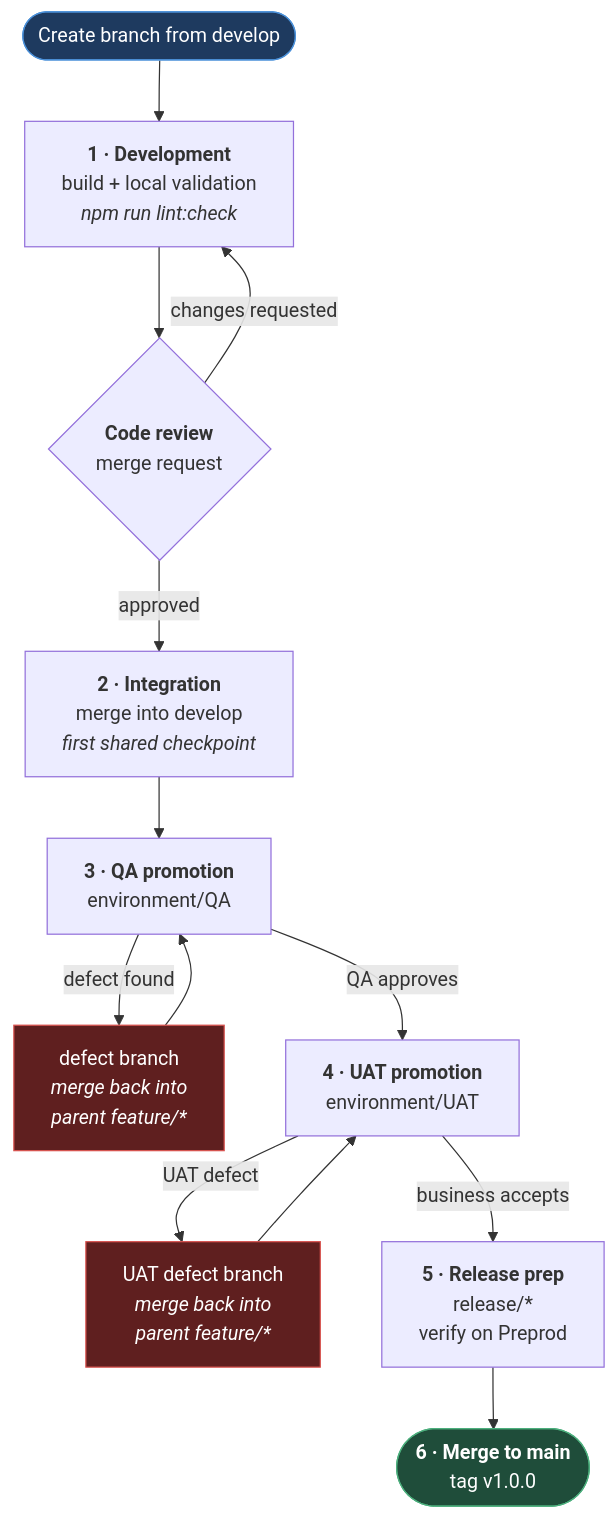
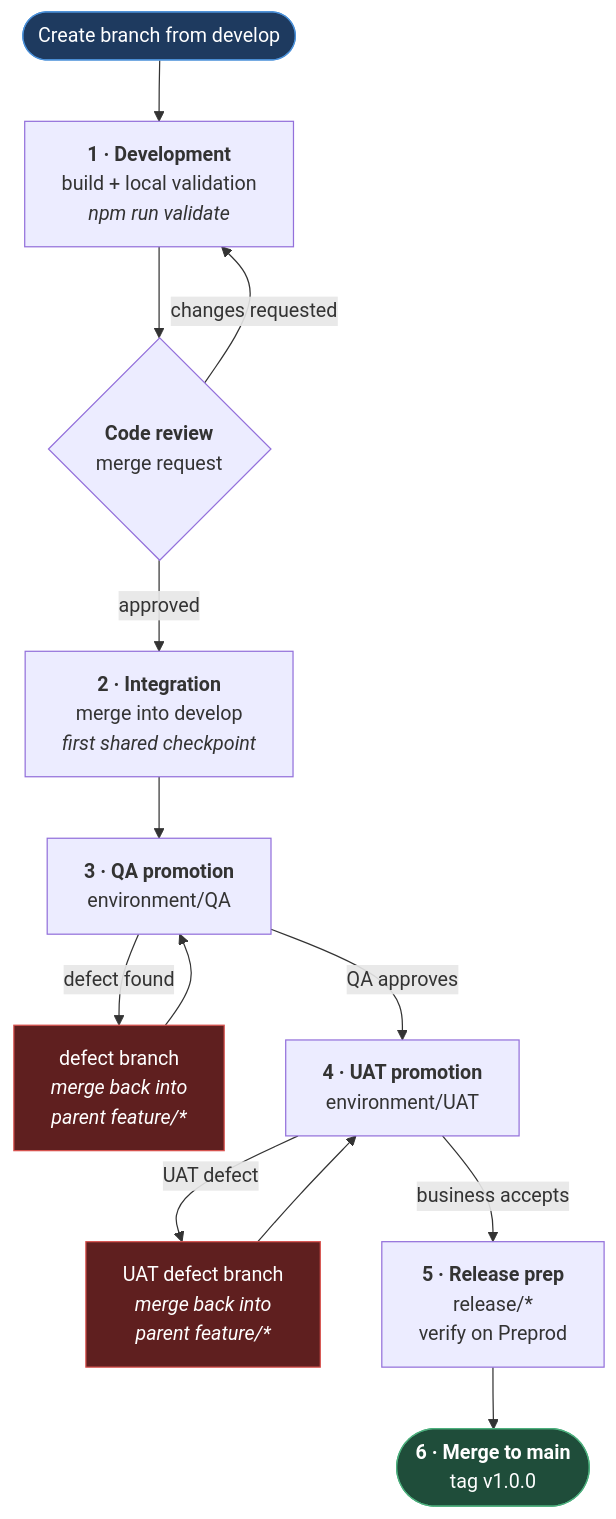
One commit to sinugotshifhiwa4/playwright-ts-automation-framework-codebase changed the second of 2 diagrams in docs/03-rules/BRANCHING_STRATEGY.md. Above: the diagram before and after it, drawn with Mermaid. The commit also changed other lines of this file and 2 other files, not shown here.

Commit message:
fix(scripts): point pretest and docs at the validate script
- lint:check no longer exists, so every npm run test:* died in its pretest hook

````diff
--- a/docs/03-rules/BRANCHING_STRATEGY.md
+++ b/docs/03-rules/BRANCHING_STRATEGY.md
@@ -181,23 +181,23 @@
 ```mermaid
 flowchart TD
-    START(["Create branch from develop"]) --> DEV["<b>1 · Development</b><br/>build + local validation<br/><i>npm run lint:check</i>"]
+    START(["Create branch from develop"]) --> DEV["<b>1 · Development</b><br/>build + local validation<br/><i>npm run validate</i>"]
     DEV --> MR{"<b>Code review</b><br/>merge request"}
     MR -->|"changes requested"| DEV
     MR -->|"approved"| INT["<b>2 · Integration</b><br/>merge into develop<br/><i>first shared checkpoint</i>"]
 
     INT --> QA["<b>3 · QA promotion</b><br/>environment/QA"]
     QA -->|"defect found"| DEFECT_FIX["defect branch<br/><i>merge back into<br/>parent feature/*</i>"]
     DEFECT_FIX --> QA
     QA -->|"QA approves"| UAT["<b>4 · UAT promotion</b><br/>environment/UAT"]
 
     UAT -->|"UAT defect"| UAT_FIX["UAT defect branch<br/><i>merge back into<br/>parent feature/*</i>"]
     UAT_FIX --> UAT
     UAT -->|"business accepts"| REL["<b>5 · Release prep</b><br/>release/*<br/>verify on Preprod"]
 
     REL --> MAIN(["<b>6 · Merge to main</b><br/>tag v1.0.0"])
 
     style START fill:#1e3a5f,stroke:#4a90d9,color:#fff
     style MAIN fill:#1f4d3a,stroke:#4caf7d,color:#fff
     style DEFECT_FIX fill:#5f1f1f,stroke:#d9534f,color:#fff
     style UAT_FIX fill:#5f1f1f,stroke:#d9534f,color:#fff
 ```
````
